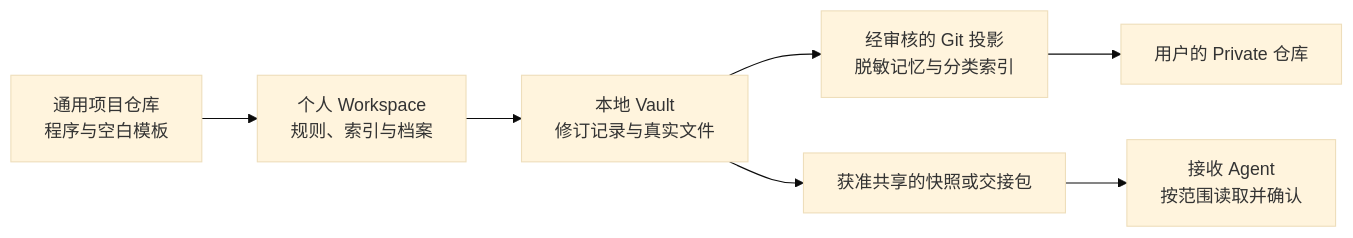
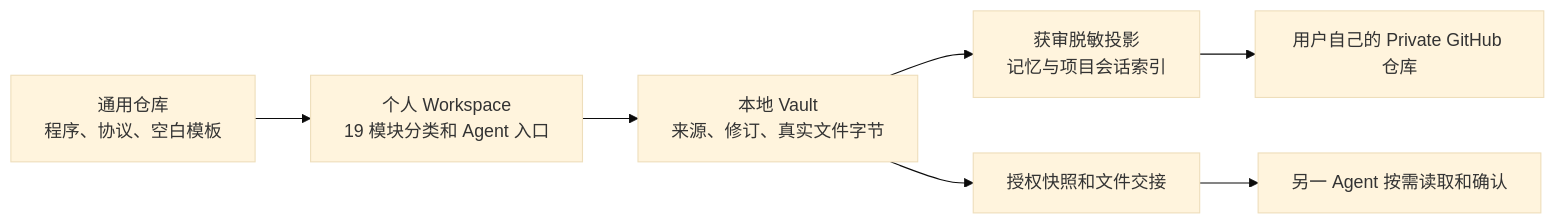
One commit to ranchen-love/ai-memory-hub-v2-1-review changed the diagram in README.md. Above: the diagram before and after it, drawn with Mermaid (base theme). The commit also changed other lines of this file, not shown here.

Commit message:
docs: restore product-first Chinese README with single Agent setup prompt

````diff
--- a/README.md
+++ b/README.md
@@ -27,9 +87,9 @@
 ```mermaid
 flowchart LR
-    A["通用项目仓库\n程序与空白模板"] --> B["个人 Workspace\n规则、索引与档案"]
-    B --> C["本地 Vault\n修订记录与真实文件"]
-    C --> D["经审核的 Git 投影\n脱敏记忆与分类索引"]
-    D --> E["用户的 Private 仓库"]
-    C --> F["获准共享的快照或交接包"]
-    F --> G["接收 Agent\n按范围读取并确认"]
+    A["通用仓库\n程序、协议、空白模板"] --> B["个人 Workspace\n19 模块分类和 Agent 入口"]
+    B --> C["本地 Vault\n来源、修订、真实文件字节"]
+    C --> D["获审脱敏投影\n记忆与项目会话索引"]
+    D --> E["用户自己的 Private GitHub 仓库"]
+    C --> F["授权快照和文件交接"]
+    F --> G["另一 Agent 按需读取和确认"]
 ```
````
